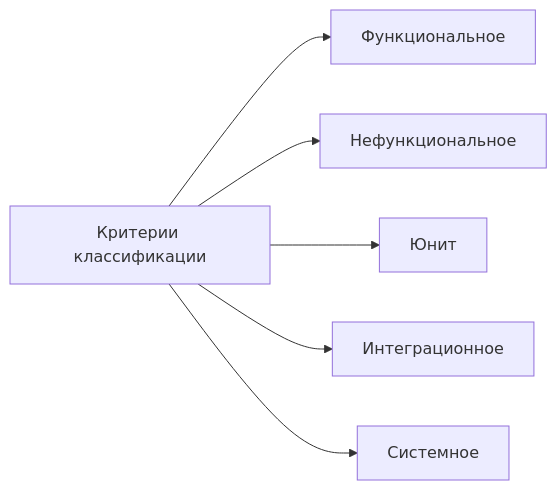
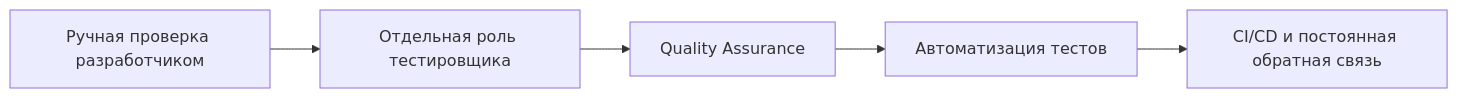
One commit to Kert0n/KPO changed the first of 8 diagrams in lectures/Lec3/vitepress.md. Above: the diagram before and after it, drawn with Mermaid. The commit also changed other lines of this file and 3 other files, not shown here.

````diff
--- a/lectures/Lec3/vitepress.md
+++ b/lectures/Lec3/vitepress.md
@@ -33,8 +28,7 @@
 ```mermaid
 flowchart LR
-    Criteria[Критерии классификации] --> Functional[Функциональное]
-    Criteria --> NonFunctional[Нефункциональное]
-    Criteria --> Unit[Юнит]
-    Criteria --> Integration[Интеграционное]
-    Criteria --> System[Системное]
+    Manual[Ручная проверка разработчиком] --> Separate[Отдельная роль тестировщика]
+    Separate --> QA[Quality Assurance]
+    QA --> Automation[Автоматизация тестов]
+    Automation --> CI[CI/CD и постоянная обратная связь]
 ```
````
